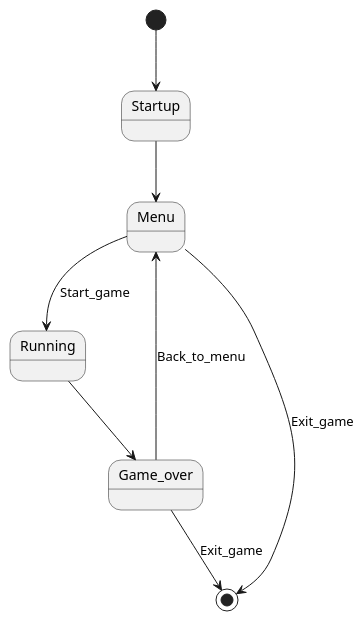
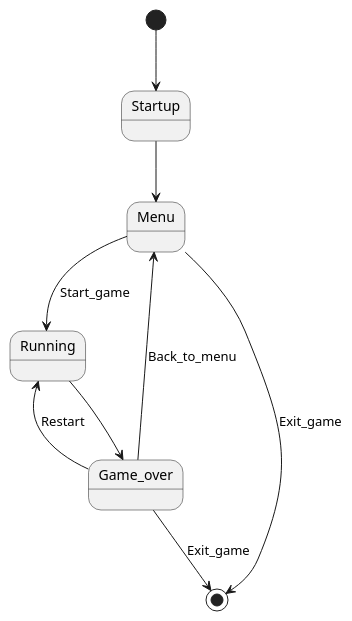
One commit to Smevold/TTK4155-Byggern changed the diagram in state-diagram.puml. Above: the diagram before and after it, drawn with PlantUML.

Commit message:
Add restart functionality to PUML

```diff
--- a/state-diagram.puml
+++ b/state-diagram.puml
@@ -1,11 +1,12 @@
 @startuml game_states
 skinparam backgroundColor white
 
 [*] --> Startup
 Startup --> Menu
 Menu --> Running : Start_game
-Running --> Game_over
+Running --> Game_over 
 Game_over --> Menu : Back_to_menu
+Game_over --> Running : Restart
 Game_over --> [*] : Exit_game
 Menu --> [*] : Exit_game
 @enduml
```
